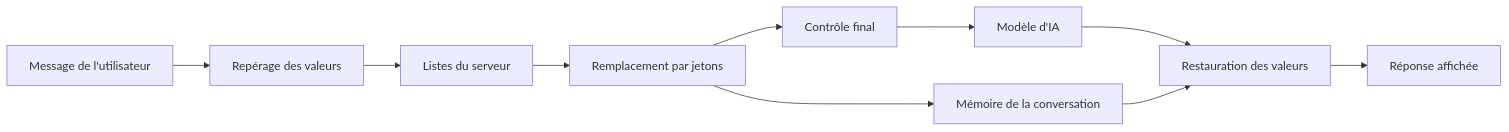
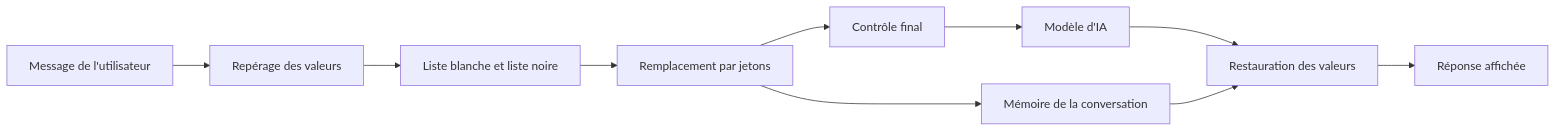
The diagram in openwiki/quickstart.md (Athroniaeth/piighost), drawn with Mermaid before and after one commit. The commit also changed other lines of this file and 24 other files, not shown here.

````diff
--- a/openwiki/quickstart.md
+++ b/openwiki/quickstart.md
@@ -56,12 +58,12 @@
 ```mermaid
 flowchart LR
     A["Message de l'utilisateur"] --> B["Repérage des valeurs"]
-    B --> C["Listes du serveur"]
+    B --> C["Liste blanche et liste noire"]
     C --> D["Remplacement par jetons"]
     D --> E["Contrôle final"]
     E --> F["Modèle d'IA"]
     F --> G["Restauration des valeurs"]
     G --> H["Réponse affichée"]
     D --> M["Mémoire de la conversation"]
     M --> G
 ```
````
